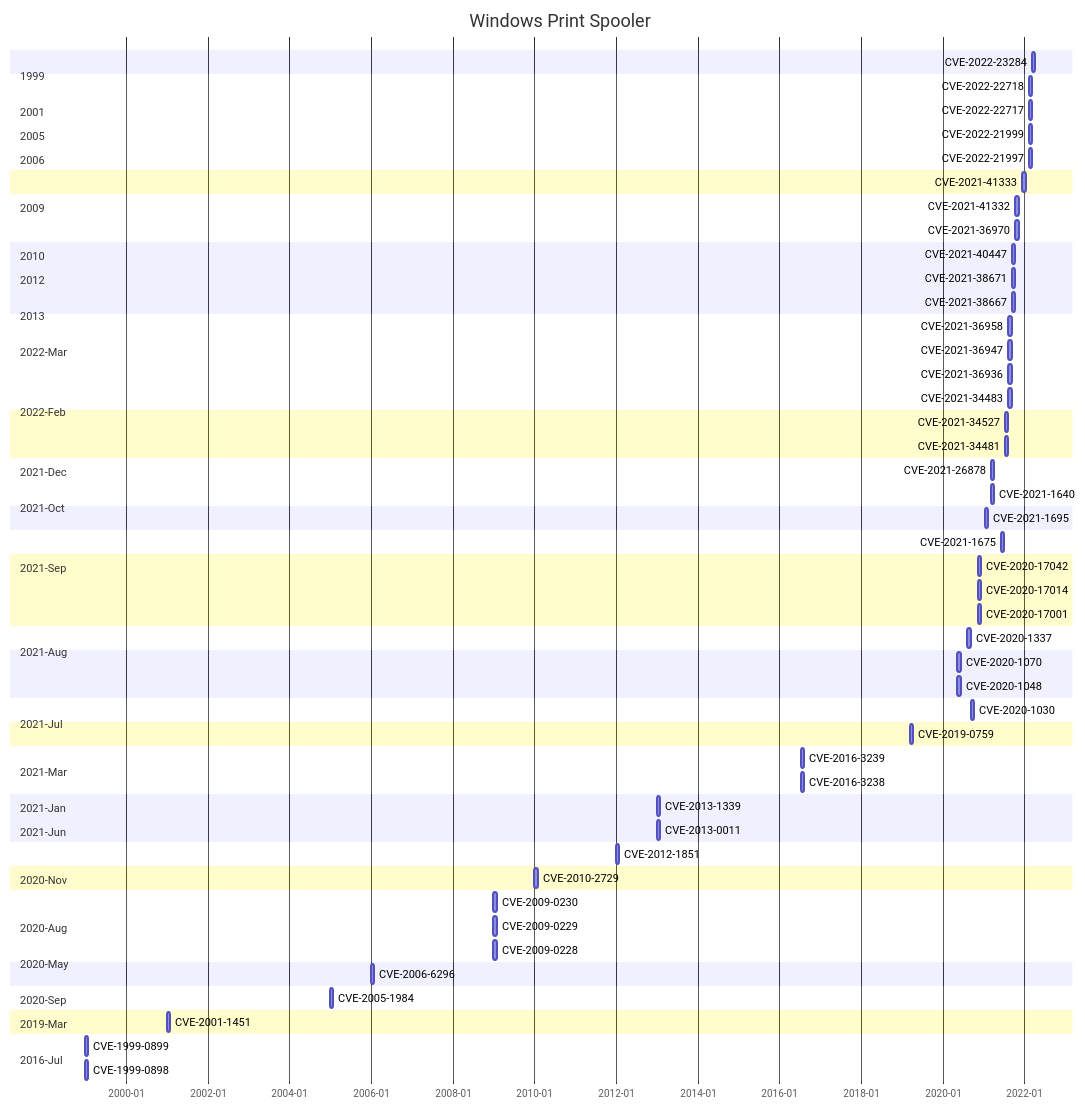
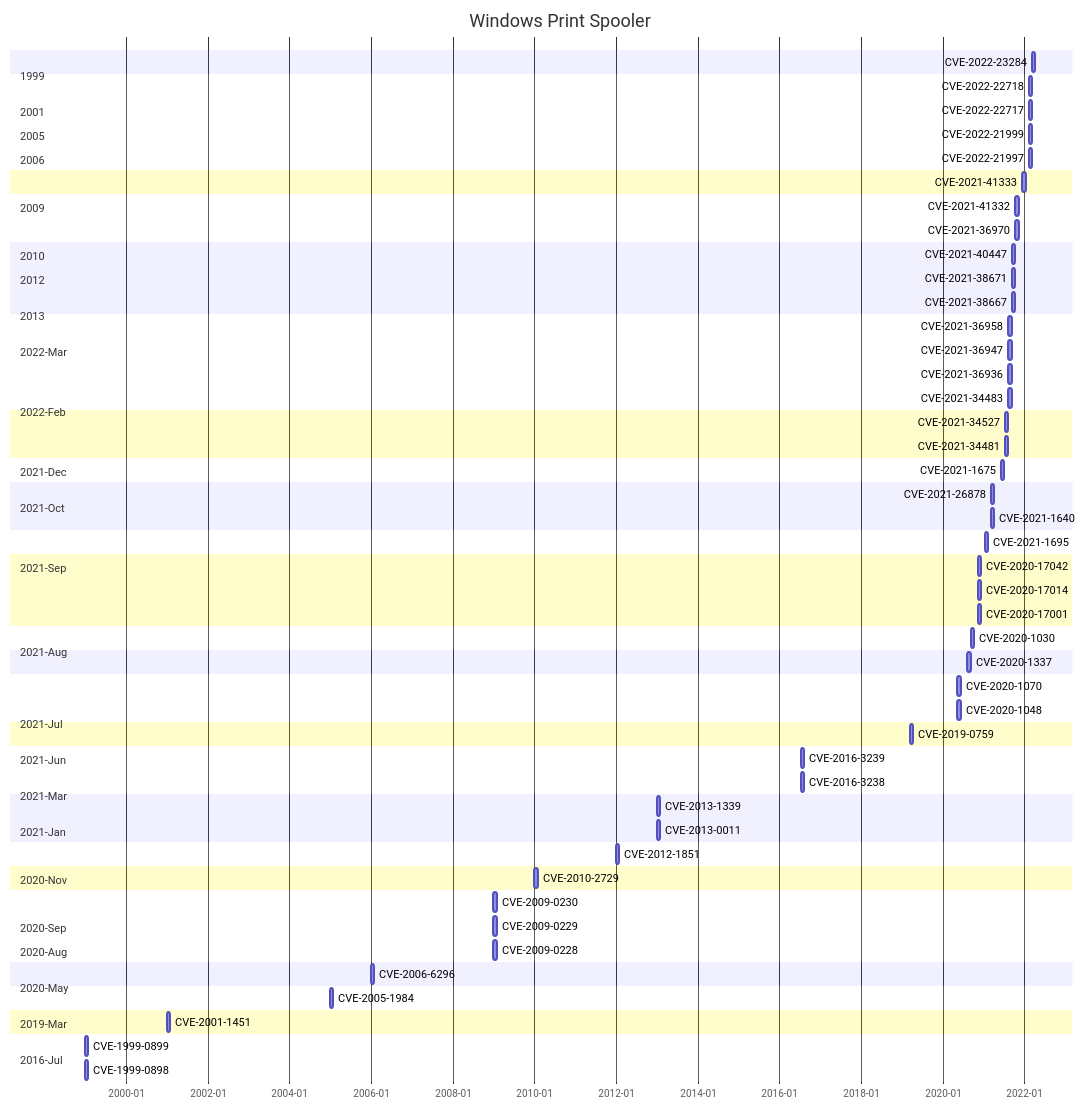
Before and after one commit to clearbluejar/clearbluejar.github.io: the third of 5 diagrams in _posts/2022-03-19-introducing-cve-markdown-charts-part-1.md, drawn with Mermaid. The commit also changed other lines of this file, not shown here.

````diff
--- a/_posts/2022-03-19-introducing-cve-markdown-charts-part-1.md
+++ b/_posts/2022-03-19-introducing-cve-markdown-charts-part-1.md
@@ -508,77 +508,77 @@
 ```mermaid
 gantt
 
 title Windows Print Spooler
 dateFormat YYYY-MM-DD
 axisFormat %Y-%m
 
 section CVE Release Dates
 section 2022-Mar
 CVE-2022-23284 :cve0, 2022-03-08, 30d
 section 2022-Feb
 CVE-2022-22718 :cve1, 2022-02-08, 30d
 CVE-2022-22717 :cve2, 2022-02-08, 30d
 CVE-2022-21999 :cve3, 2022-02-08, 30d
 CVE-2022-21997 :cve4, 2022-02-08, 30d
 section 2021-Dec
 CVE-2021-41333 :cve5, 2021-12-14, 30d
 section 2021-Oct
 CVE-2021-41332 :cve6, 2021-10-12, 30d
 CVE-2021-36970 :cve10, 2021-10-12, 30d
 section 2021-Sep
 CVE-2021-40447 :cve7, 2021-09-14, 30d
 CVE-2021-38671 :cve8, 2021-09-14, 30d
 CVE-2021-38667 :cve9, 2021-09-14, 30d
 section 2021-Aug
 CVE-2021-36958 :cve11, 2021-08-10, 30d
 CVE-2021-36947 :cve12, 2021-08-10, 30d
 CVE-2021-36936 :cve13, 2021-08-10, 30d
 CVE-2021-34483 :cve15, 2021-08-10, 30d
 section 2021-Jul
 CVE-2021-34527 :cve14, 2021-07-13, 30d
 CVE-2021-34481 :cve16, 2021-07-13, 30d
+section 2021-Jun
+CVE-2021-1675 :cve19, 2021-06-08, 30d
 section 2021-Mar
 CVE-2021-26878 :cve17, 2021-03-09, 30d
 CVE-2021-1640 :cve20, 2021-03-09, 30d
 section 2021-Jan
 CVE-2021-1695 :cve18, 2021-01-12, 30d
-section 2021-Jun
-CVE-2021-1675 :cve19, 2021-06-08, 30d
 section 2020-Nov
 CVE-2020-17042 :cve21, 2020-11-10, 30d
 CVE-2020-17014 :cve22, 2020-11-10, 30d
 CVE-2020-17001 :cve23, 2020-11-10, 30d
+section 2020-Sep
+CVE-2020-1030 :cve27, 2020-09-08, 30d
 section 2020-Aug
 CVE-2020-1337 :cve24, 2020-08-11, 30d
 section 2020-May
 CVE-2020-1070 :cve25, 2020-05-12, 30d
 CVE-2020-1048 :cve26, 2020-05-12, 30d
-section 2020-Sep
-CVE-2020-1030 :cve27, 2020-09-08, 30d
 section 2019-Mar
 CVE-2019-0759 :cve28, 2019-03-12, 30d
 section 2016-Jul
 CVE-2016-3239 :cve29, 2016-07-12, 30d
 CVE-2016-3238 :cve30, 2016-07-12, 30d
 section 2013
 CVE-2013-1339 :cve31, 2013-01-01, 30d
 CVE-2013-0011 :cve32, 2013-01-01, 30d
 section 2012
 CVE-2012-1851 :cve33, 2012-01-01, 30d
 section 2010
 CVE-2010-2729 :cve34, 2010-01-01, 30d
 section 2009
 CVE-2009-0230 :cve35, 2009-01-01, 30d
 CVE-2009-0229 :cve36, 2009-01-01, 30d
 CVE-2009-0228 :cve37, 2009-01-01, 30d
 section 2006
 CVE-2006-6296 :cve38, 2006-01-01, 30d
 section 2005
 CVE-2005-1984 :cve39, 2005-01-01, 30d
 section 2001
 CVE-2001-1451 :cve40, 2001-01-01, 30d
 section 1999
 CVE-1999-0899 :cve41, 1999-01-01, 30d
 CVE-1999-0898 :cve42, 1999-01-01, 30d
 
 ```
````
